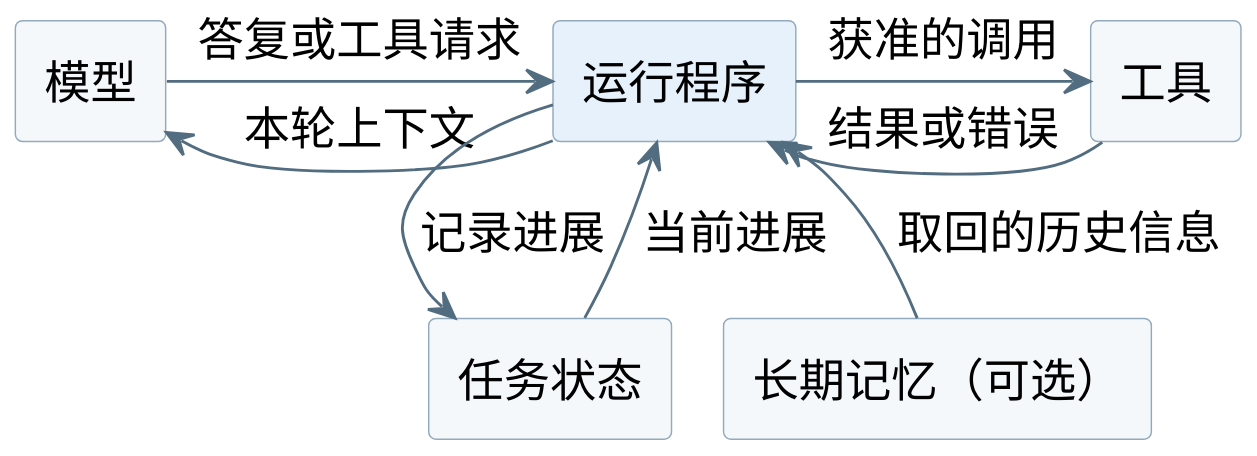
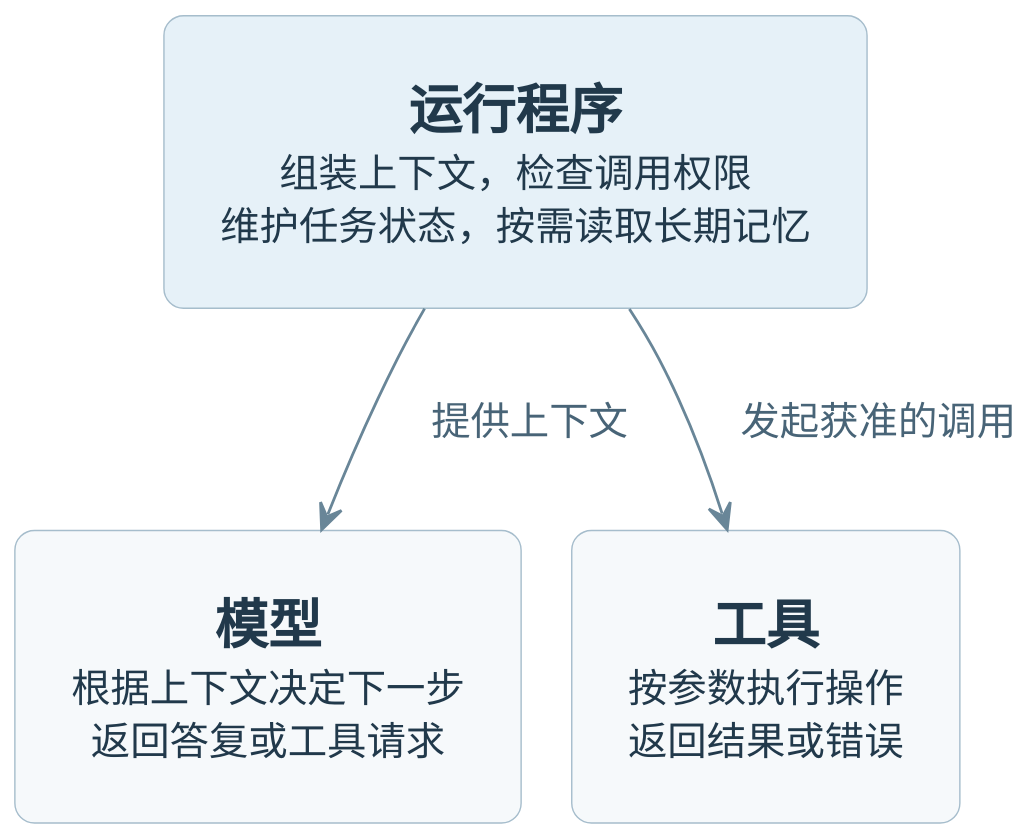
One commit to CharlieAJing/agent-learn changed the diagram in 附件/Agent-运行时信息流.puml. Above: the diagram before and after it, drawn with PlantUML. The commit also changed 5 other files, not shown here.

```diff
--- a/附件/Agent-运行时信息流.puml
+++ b/附件/Agent-运行时信息流.puml
@@ -1,26 +1,27 @@
 @startuml
 !pragma layout smetana
+skinparam backgroundColor #FFFFFF
 skinparam defaultFontName "PingFang SC"
-skinparam defaultFontSize 16
-skinparam backgroundColor white
+skinparam defaultFontColor #21394B
+skinparam defaultTextAlignment center
+skinparam componentStyle rectangle
+skinparam componentBorderColor #A6BDCC
+skinparam componentBackgroundColor #F6F9FB
+skinparam ArrowColor #698698
+skinparam ArrowFontColor #486477
+skinparam ArrowFontSize 14
 skinparam shadowing false
-skinparam dpi 185
-skinparam ArrowColor #526C80
-skinparam rectangleBorderColor #93AABC
-skinparam rectangleBackgroundColor #F5F8FA
-skinparam nodesep 42
-skinparam ranksep 44
-rectangle "运行程序" as Runtime #E6F1FC
-rectangle "模型" as Model
-rectangle "工具" as Tool
-rectangle "任务状态" as State
-rectangle "长期记忆（可选）" as Memory
-Model -right-> Runtime : 答复或工具请求
-Runtime -left-> Model : 本轮上下文
-Runtime -right-> Tool : 获准的调用
-Tool -left-> Runtime : 结果或错误
-Runtime -down-> State : 记录进展
-State -up-> Runtime : 当前进展
-Memory -up-> Runtime : 取回的历史信息
-State -[hidden]right-> Memory
+skinparam roundcorner 14
+skinparam padding 10
+skinparam nodesep 34
+skinparam ranksep 34
+skinparam dpi 180
+
+component "<size:19><b>运行程序</b></size>\n组装上下文，检查调用权限\n维护任务状态，按需读取长期记忆" as Runtime #E6F1F8
+component "<size:19><b>模型</b></size>\n根据上下文决定下一步\n返回答复或工具请求" as Model
+component "<size:19><b>工具</b></size>\n按参数执行操作\n返回结果或错误" as Tool
+
+Runtime --> Model : 提供上下文
+Runtime --> Tool : 发起获准的调用
+Model -[hidden]right-> Tool
 @enduml
```
